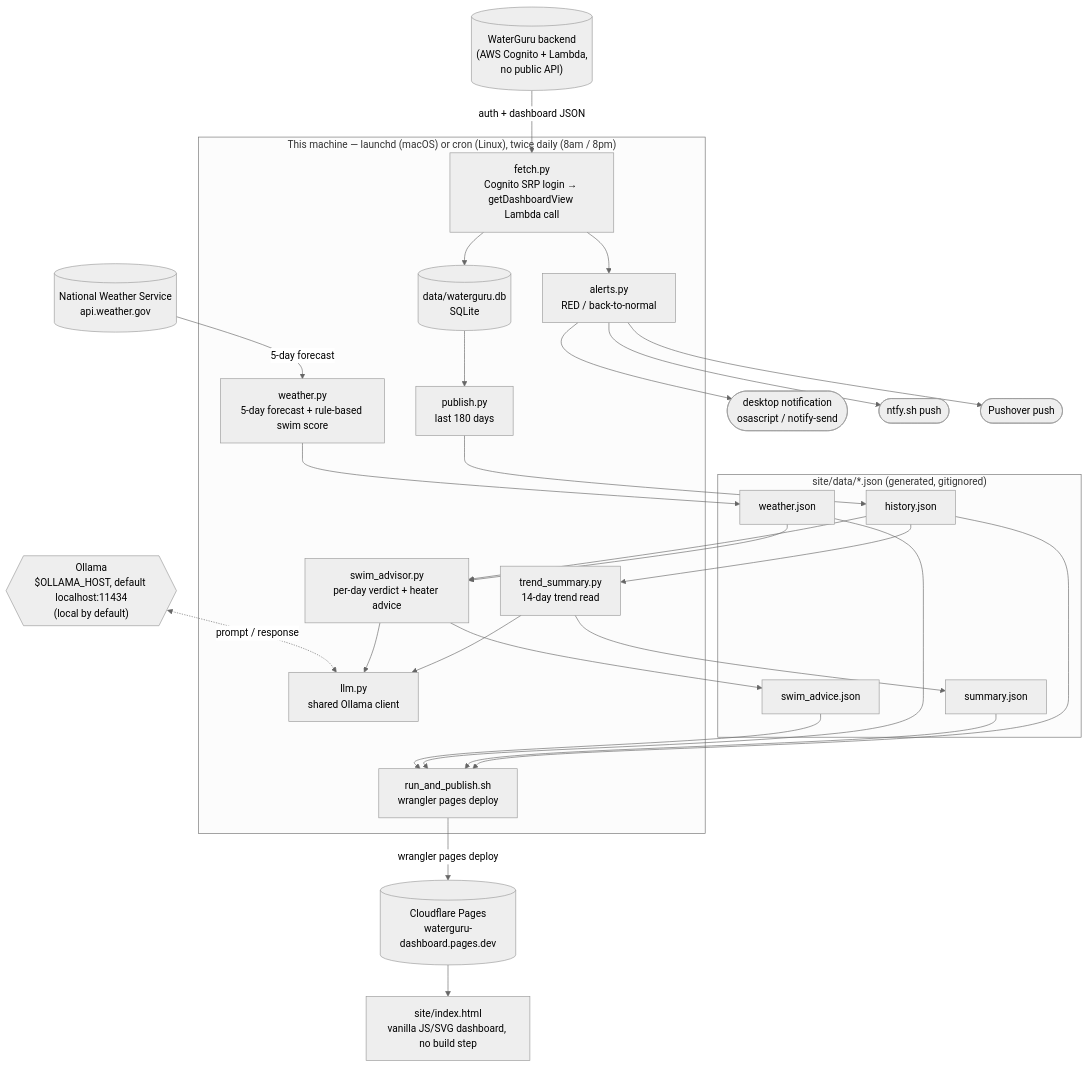
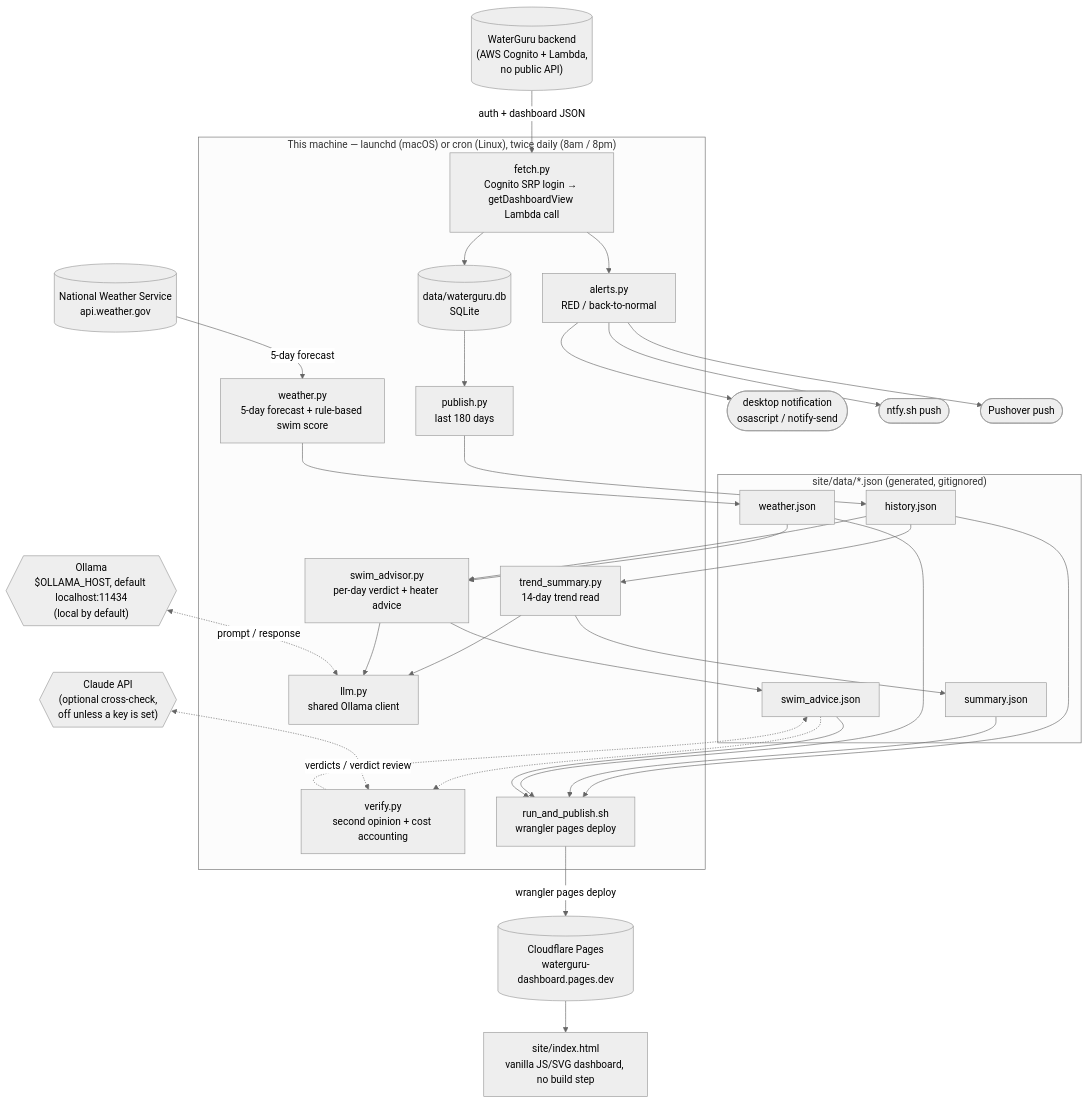
The diagram in README.md (bdwilson/waterguru-dashboard), drawn with Mermaid (neutral theme) before and after one commit. The commit also changed other lines of this file and 5 other files, not shown here.

First line of the commit message:
Add an optional Claude API cross-check of the local model's swim verdicts

````diff
--- a/README.md
+++ b/README.md
@@ -44,54 +44,58 @@
 ```mermaid
 flowchart TD
     WG[("WaterGuru backend<br/>(AWS Cognito + Lambda,<br/>no public API)")]
     NWS[("National Weather Service<br/>api.weather.gov")]
     OLLAMA{{"Ollama<br/>$OLLAMA_HOST, default localhost:11434<br/>(local by default)"}}
+    CLAUDE{{"Claude API<br/>(optional cross-check,<br/>off unless a key is set)"}}
 
     subgraph Mac["This machine — launchd (macOS) or cron (Linux), twice daily (8am / 8pm)"]
         FETCH["fetch.py<br/>Cognito SRP login → getDashboardView Lambda call"]
         DB[("data/waterguru.db<br/>SQLite")]
         PUBLISH["publish.py<br/>last 180 days"]
         WEATHER["weather.py<br/>5-day forecast + rule-based swim score"]
         TREND["trend_summary.py<br/>14-day trend read"]
         ADVISOR["swim_advisor.py<br/>per-day verdict + heater advice"]
         ALERTS["alerts.py<br/>RED / back-to-normal"]
         LLMC["llm.py<br/>shared Ollama client"]
+        VERIFY["verify.py<br/>second opinion + cost accounting"]
         DEPLOY["run_and_publish.sh<br/>wrangler pages deploy"]
     end
 
     subgraph SiteData["site/data/*.json (generated, gitignored)"]
         HIST[history.json]
         SUMM[summary.json]
         WX[weather.json]
         ADV[swim_advice.json]
     end
 
     CF[("Cloudflare Pages<br/>waterguru-dashboard.pages.dev")]
     SITE["site/index.html<br/>vanilla JS/SVG dashboard, no build step"]
     DESKTOP(["desktop notification<br/>osascript / notify-send"])
     NTFY(["ntfy.sh push"])
     PUSHOVER(["Pushover push"])
 
     WG -->|"auth + dashboard JSON"| FETCH
     FETCH --> DB
     FETCH --> ALERTS
     ALERTS --> DESKTOP
     ALERTS --> NTFY
     ALERTS --> PUSHOVER
     DB --> PUBLISH --> HIST
     NWS -->|"5-day forecast"| WEATHER --> WX
     HIST --> TREND
     TREND --> LLMC
     ADVISOR --> LLMC
     OLLAMA <-.->|"prompt / response"| LLMC
     TREND --> SUMM
     WX --> ADVISOR
     HIST --> ADVISOR
     ADVISOR --> ADV
+    ADV -.-> VERIFY
+    CLAUDE <-.->|"verdicts / verdict review"| VERIFY -.-> ADV
     HIST --> DEPLOY
     SUMM --> DEPLOY
     WX --> DEPLOY
     ADV --> DEPLOY
     DEPLOY -->|"wrangler pages deploy"| CF
     CF --> SITE
 ```
````
